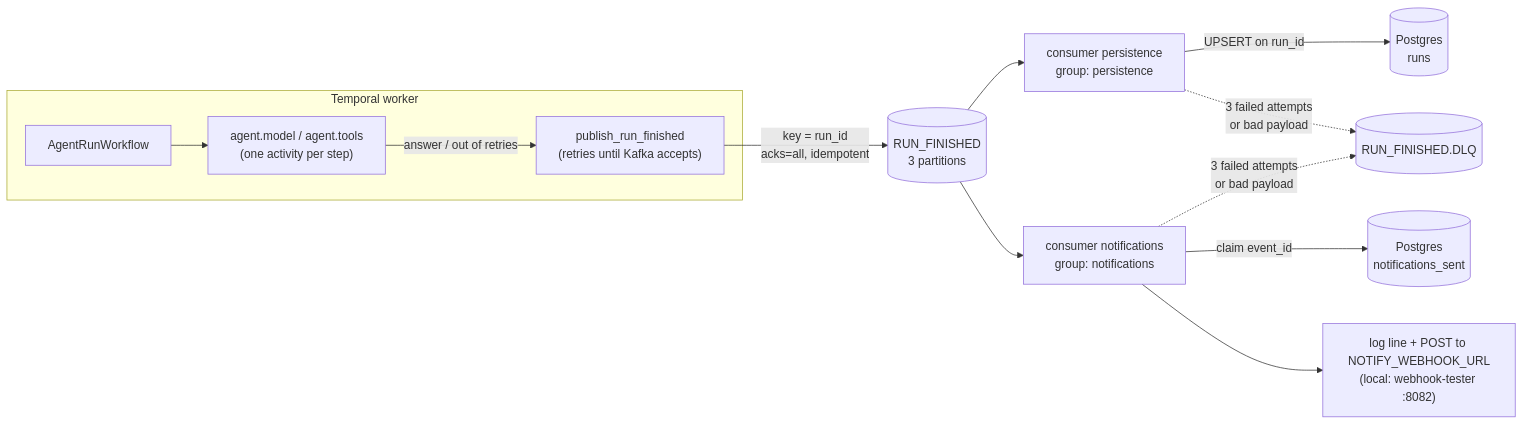
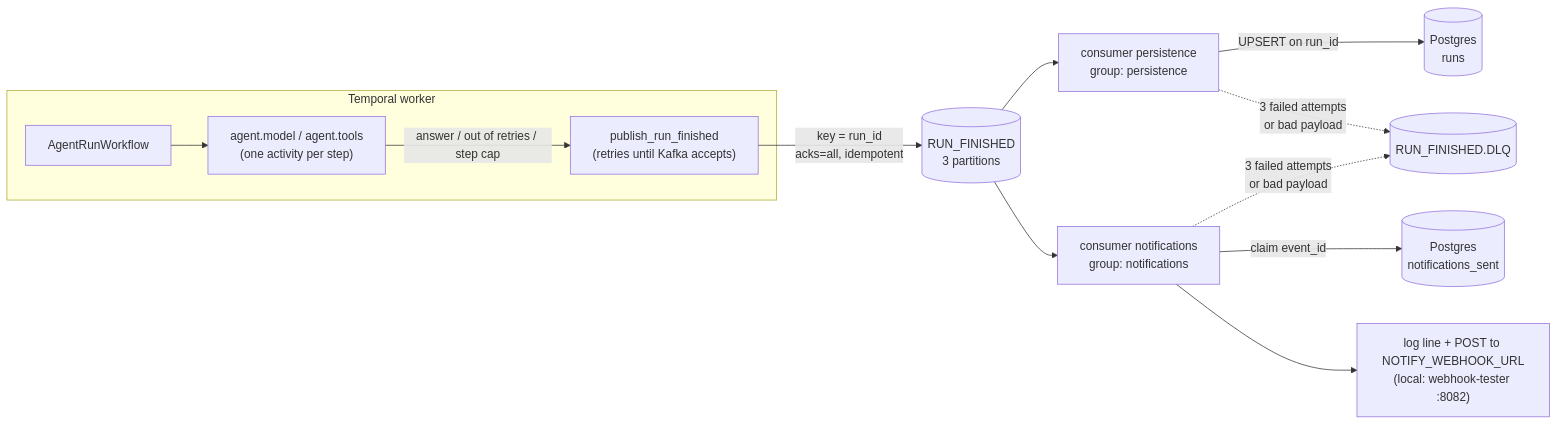
The first of 2 diagrams in docs/phases/phase-4-kafka.md (Anirudh1905/async-agentic-workflows), drawn with Mermaid before and after one commit. The commit also changed other lines of this file and 35 other files, not shown here.

````diff
--- a/docs/phases/phase-4-kafka.md
+++ b/docs/phases/phase-4-kafka.md
@@ -5,14 +5,14 @@
 ```mermaid
 flowchart LR
     subgraph worker["Temporal worker"]
         WF[AgentRunWorkflow] --> ACT1["agent.model / agent.tools<br/>(one activity per step)"]
-        ACT1 -- "answer / out of retries" --> ACT2["publish_run_finished<br/>(retries until Kafka accepts)"]
+        ACT1 -- "answer / out of retries / step cap" --> ACT2["publish_run_finished<br/>(retries until Kafka accepts)"]
     end
     ACT2 -- "key = run_id<br/>acks=all, idempotent" --> TOPIC[("RUN_FINISHED<br/>3 partitions")]
     TOPIC --> P["consumer persistence<br/>group: persistence"]
     TOPIC --> N["consumer notifications<br/>group: notifications"]
     P -- "UPSERT on run_id" --> RUNS[("Postgres<br/>runs")]
     N -- "claim event_id" --> SENT[("Postgres<br/>notifications_sent")]
     N --> OUT["log line + POST to NOTIFY_WEBHOOK_URL<br/>(local: webhook-tester :8082)"]
     P & N -. "3 failed attempts<br/>or bad payload" .-> DLQ[("RUN_FINISHED.DLQ")]
 ```
````
